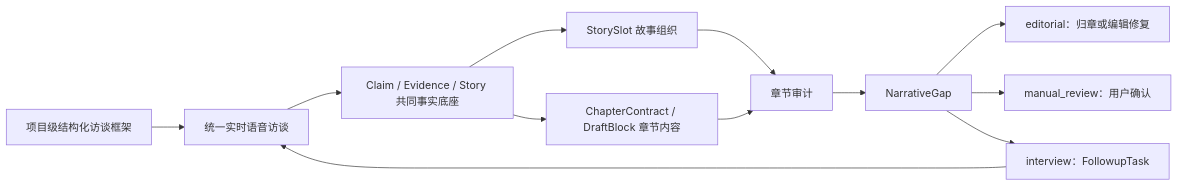
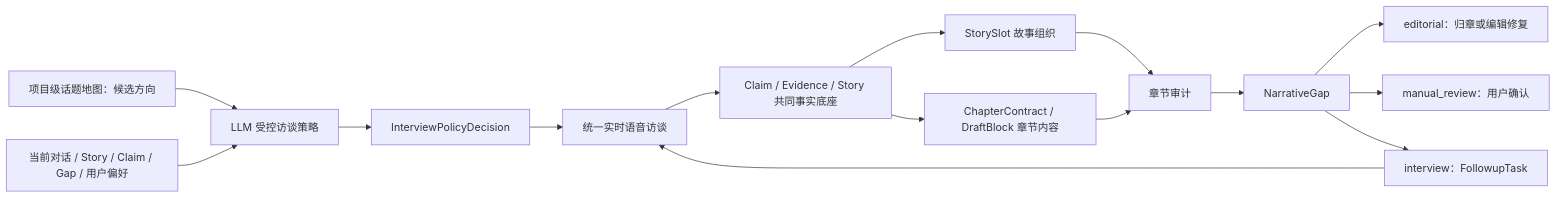
The diagram in docs/MEMOIR_STRUCTURED_INTERVIEW_AND_BOOK_COMPLETION_PLAN.md (kolafish/pawtale), drawn with Mermaid before and after one commit. The commit also changed other lines of this file, not shown here.

Commit message:
docs(memoir): refine interview strategy architecture

````diff
--- a/docs/MEMOIR_STRUCTURED_INTERVIEW_AND_BOOK_COMPLETION_PLAN.md
+++ b/docs/MEMOIR_STRUCTURED_INTERVIEW_AND_BOOK_COMPLETION_PLAN.md
@@ -169,14 +174,17 @@
 ```mermaid
 flowchart LR
-    F["项目级结构化访谈框架"] --> V["统一实时语音访谈"]
+    F["项目级话题地图：候选方向"] --> P["LLM 受控访谈策略"]
+    X["当前对话 / Story / Claim / Gap / 用户偏好"] --> P
+    P --> D["InterviewPolicyDecision"]
+    D --> V["统一实时语音访谈"]
     V --> T["Claim / Evidence / Story 共同事实底座"]
     T --> S["StorySlot 故事组织"]
     T --> C["ChapterContract / DraftBlock 章节内容"]
     S --> A["章节审计"]
     C --> A
     A --> G["NarrativeGap"]
     G --> E["editorial：归章或编辑修复"]
     G --> R["manual_review：用户确认"]
     G --> Q["interview：FollowupTask"]
     Q --> V
 ```
````
